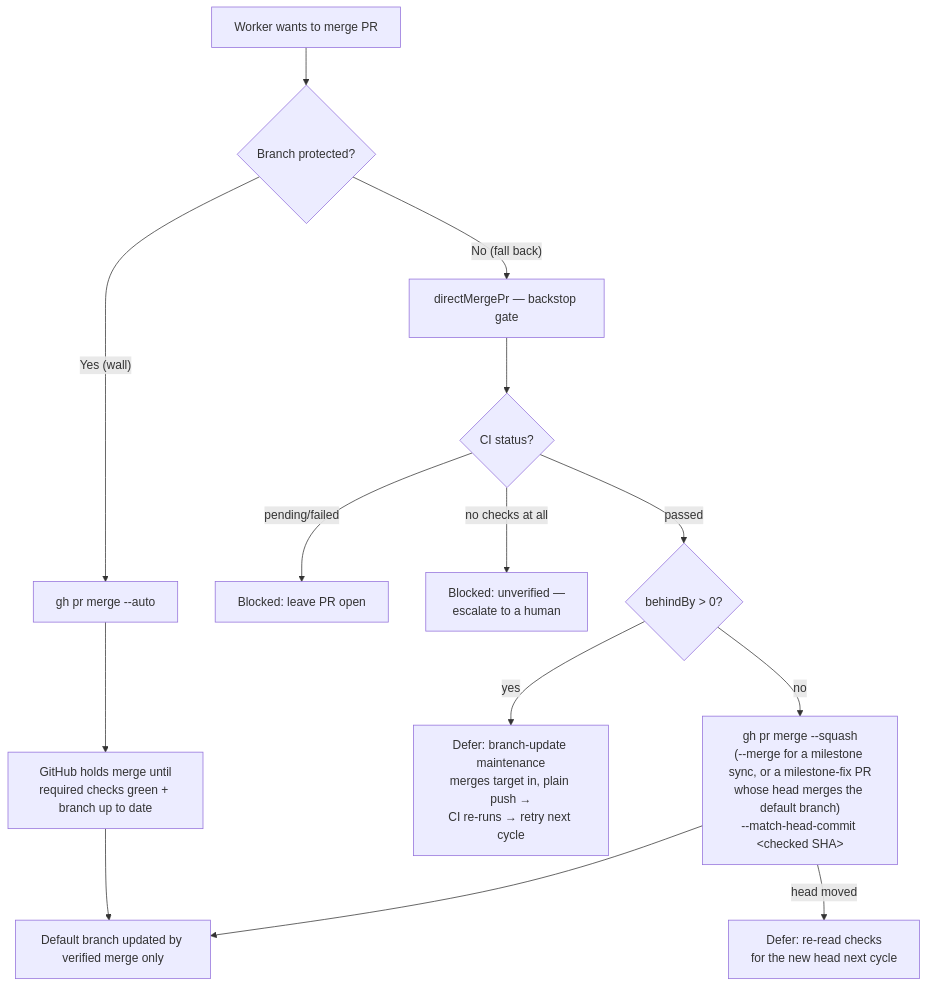
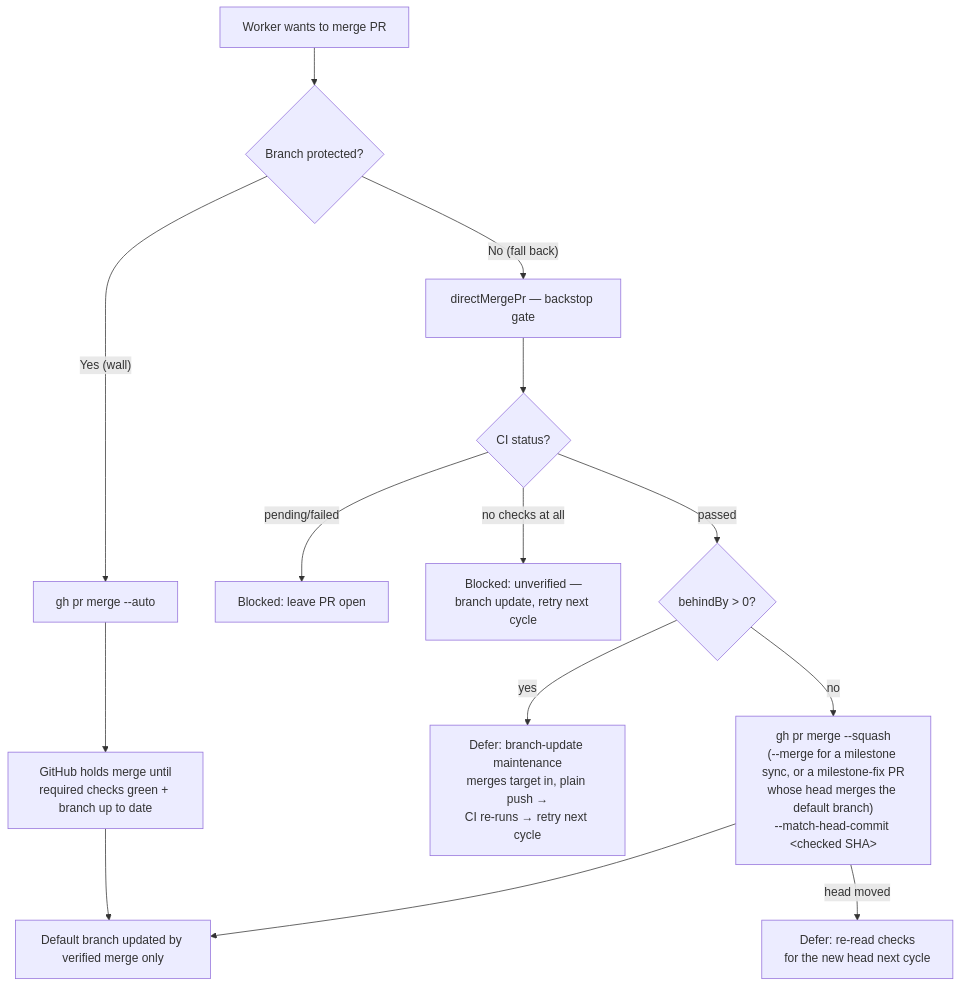
One commit to stSoftwareAU/VibeCoder changed the first of 10 diagrams in docs/MERGE.md. Above: the diagram before and after it, drawn with Mermaid. The commit also changed other lines of this file and 9 other files, not shown here.

First line of the commit message:
Retry a blocked merge instead of handing it to a human (Issue #4304)

````diff
--- a/docs/MERGE.md
+++ b/docs/MERGE.md
@@ -34,16 +34,16 @@
 ```mermaid
 flowchart TD
     A[Worker wants to merge PR] --> B{Branch protected?}
     B -- "Yes (wall)" --> C[gh pr merge --auto]
     C --> D[GitHub holds merge until<br/>required checks green + branch up to date]
     B -- "No (fall back)" --> E[directMergePr — backstop gate]
     E --> F{CI status?}
     F -- pending/failed --> G[Blocked: leave PR open]
-    F -- "no checks at all" --> N[Blocked: unverified —<br/>escalate to a human]
+    F -- "no checks at all" --> N[Blocked: unverified —<br/>branch update, retry next cycle]
     F -- passed --> H{behindBy > 0?}
     H -- yes --> I[Defer: branch-update maintenance<br/>merges target in, plain push →<br/>CI re-runs → retry next cycle]
     H -- no --> J["gh pr merge --squash<br/>(--merge for a milestone sync, or a milestone-fix PR<br/>whose head merges the default branch)<br/>--match-head-commit &lt;checked SHA&gt;"]
     J -- head moved --> L[Defer: re-read checks<br/>for the new head next cycle]
     D --> K[Default branch updated by verified merge only]
     J --> K
 ```
````
